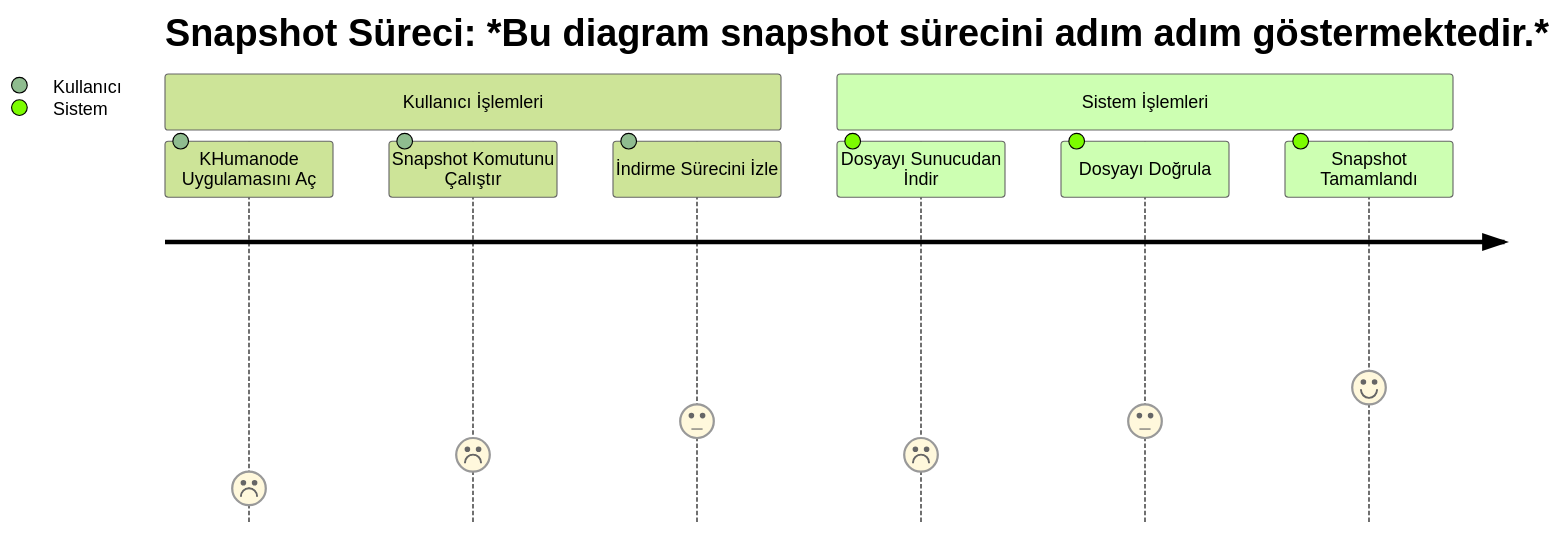
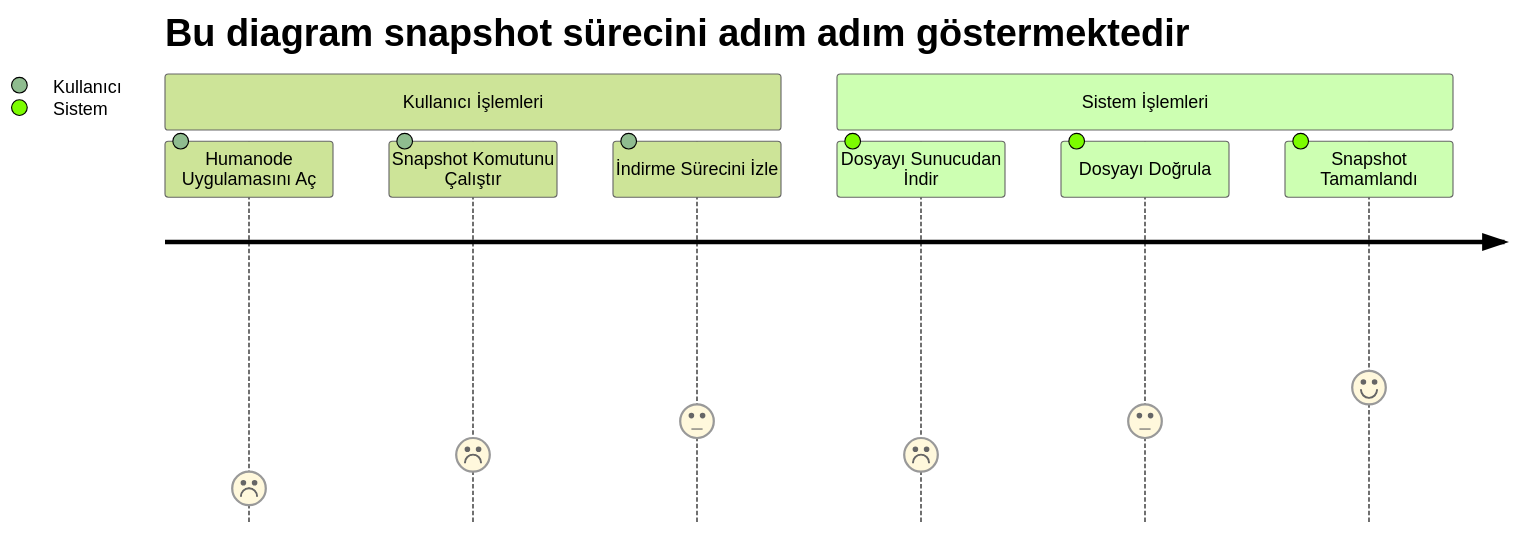
The diagram in Snapshot.md (Lorento34/humanode), drawn with Mermaid (forest theme) before and after one commit.

````diff
--- a/Snapshot.md
+++ b/Snapshot.md
@@ -6,12 +6,12 @@
 ```mermaid
 journey
-    title Snapshot Süreci: *Bu diagram snapshot sürecini adım adım göstermektedir.*
+    title Bu diagram snapshot sürecini adım adım göstermektedir
     section Kullanıcı İşlemleri
-      KHumanode Uygulamasını Aç: 1: Kullanıcı
+      Humanode Uygulamasını Aç: 1: Kullanıcı
       Snapshot Komutunu Çalıştır: 2: Kullanıcı
       İndirme Sürecini İzle: 3: Kullanıcı
     section Sistem İşlemleri
       Dosyayı Sunucudan İndir: 2: Sistem
       Dosyayı Doğrula: 3: Sistem
       Snapshot Tamamlandı: 4: Sistem
 ```
````
